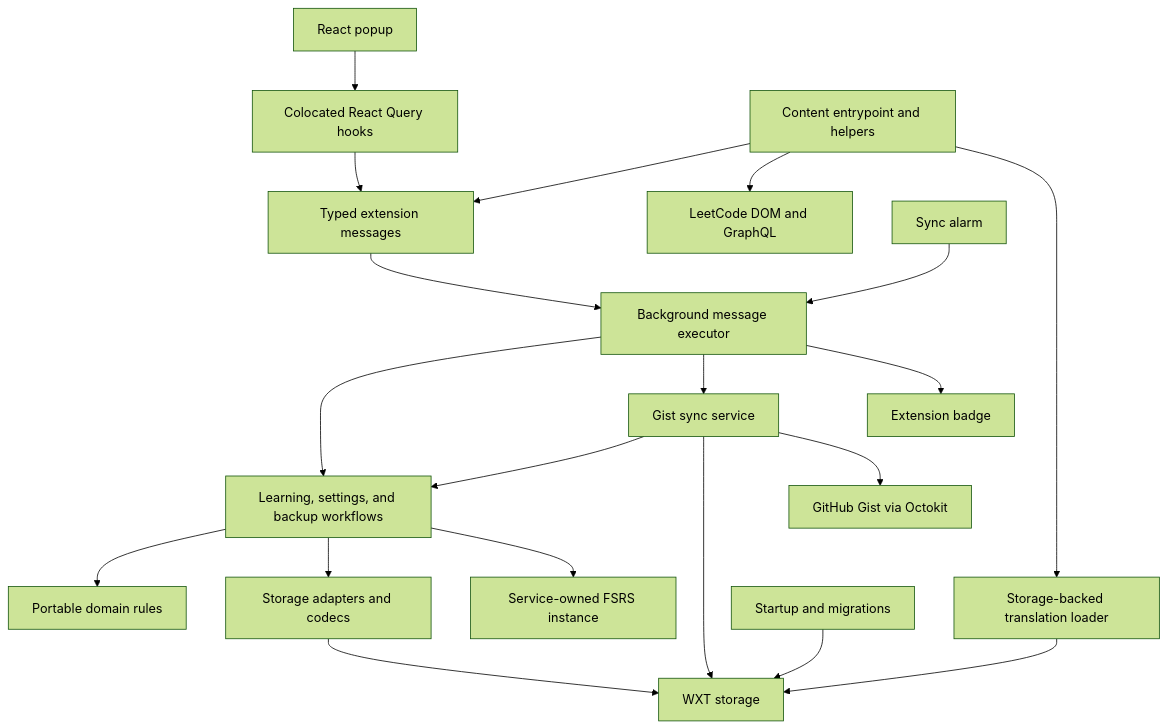
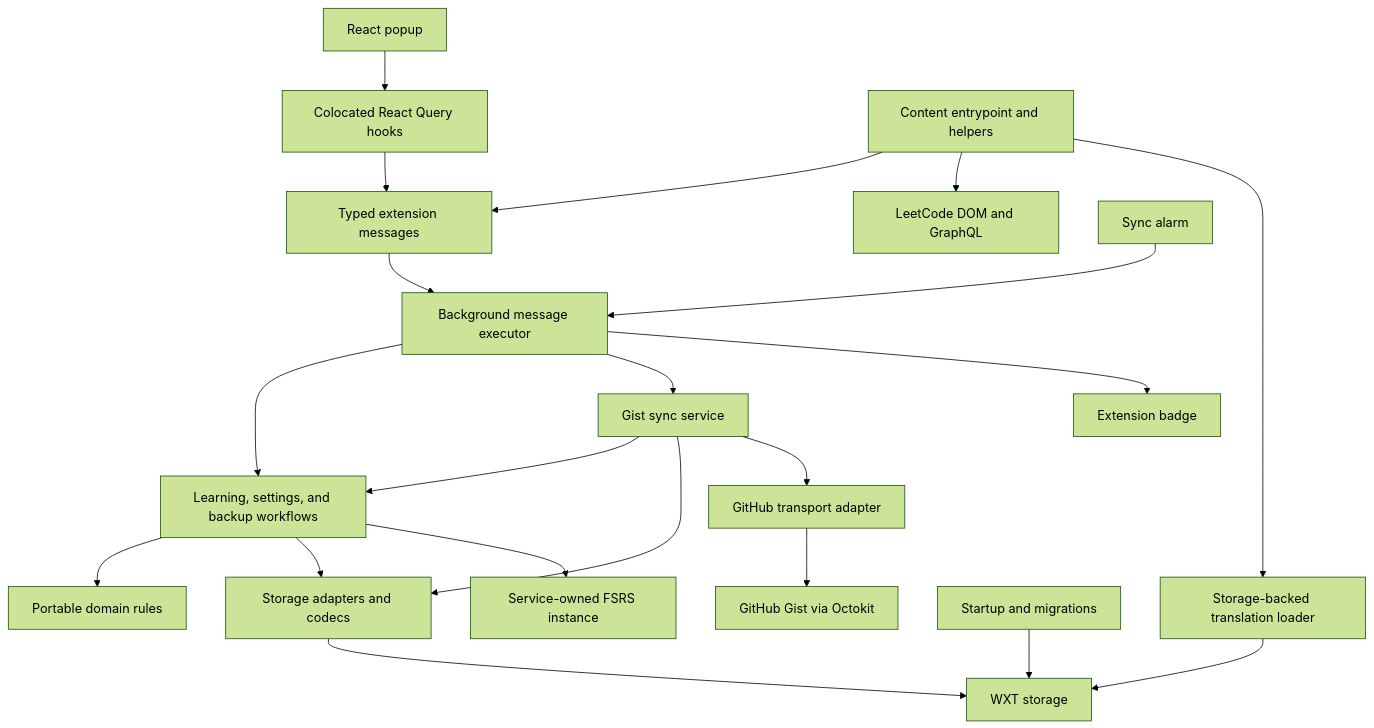
One commit to mattcdrake/LeetSRS changed the diagram in docs/architecture.md. Above: the diagram before and after it, drawn with Mermaid (forest theme). The commit also changed other lines of this file and 8 other files, not shown here.

First line of the commit message:
refactor: isolate GitHub transport and sync persistence (#259)

````diff
--- a/docs/architecture.md
+++ b/docs/architecture.md
@@ -17,22 +17,23 @@
 ```mermaid
 flowchart TD
   Popup[React popup] --> Queries[Colocated React Query hooks]
   Queries --> Messages[Typed extension messages]
   Content[Content entrypoint and helpers] --> Messages
   Content --> Page[LeetCode DOM and GraphQL]
   Content --> I18n[Storage-backed translation loader]
   I18n --> Storage[WXT storage]
   Messages --> Executor[Background message executor]
   Alarm[Sync alarm] --> Executor
   Executor --> Services[Learning, settings, and backup workflows]
   Executor --> Sync[Gist sync service]
   Services --> Domain[Portable domain rules]
   Services --> Persistence[Storage adapters and codecs]
   Services --> FSRS[Service-owned FSRS instance]
   Persistence --> Storage
   Startup[Startup and migrations] --> Storage
   Sync --> Services
-  Sync --> Storage
-  Sync --> GitHub[GitHub Gist via Octokit]
+  Sync --> Persistence
+  Sync --> Transport[GitHub transport adapter]
+  Transport --> GitHub[GitHub Gist via Octokit]
   Executor --> Badge[Extension badge]
 ```
````
